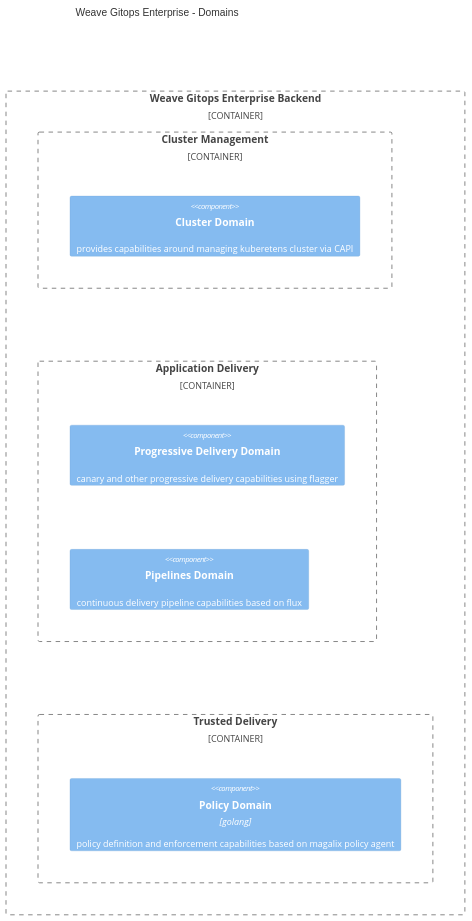
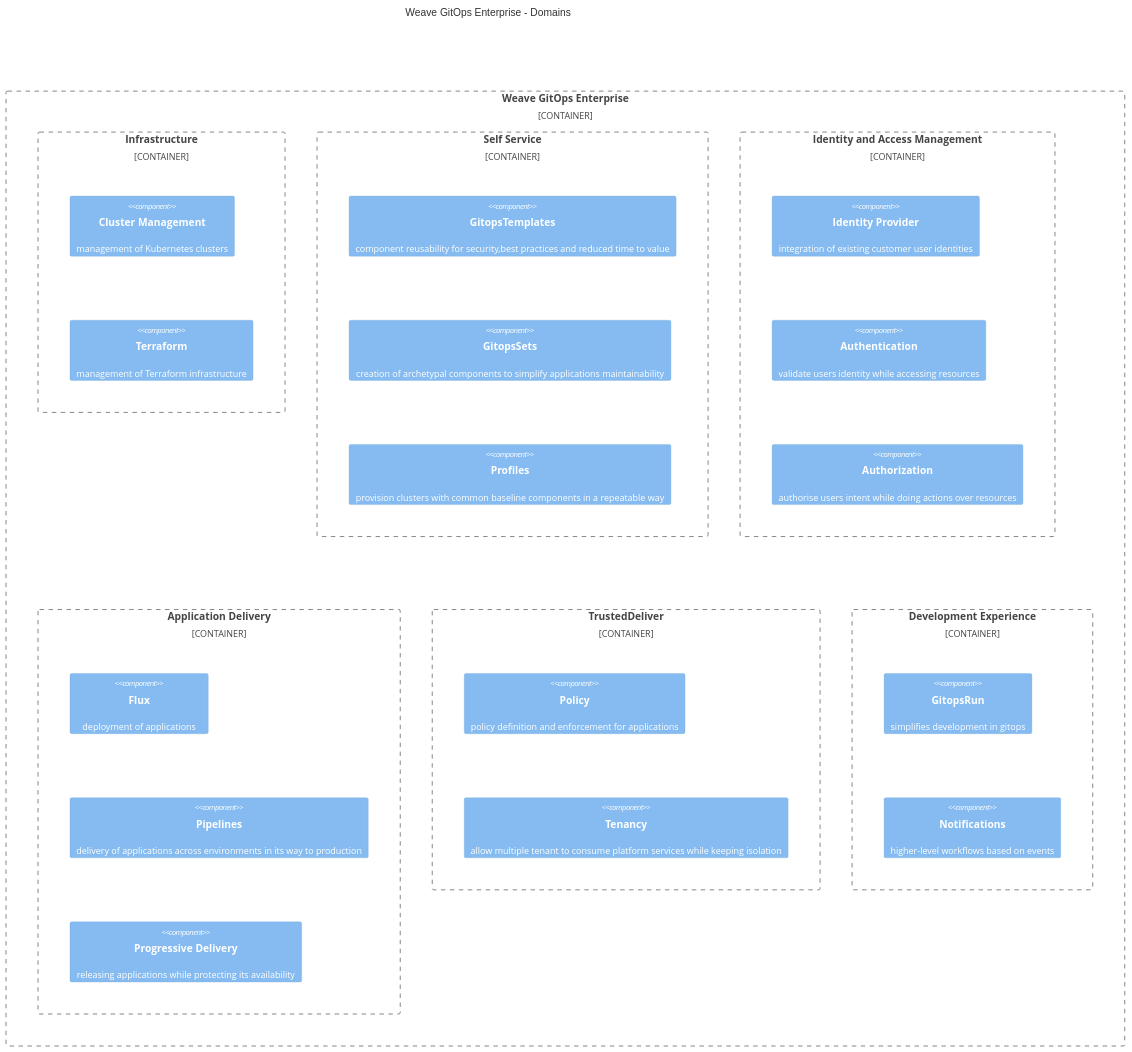
One commit to weaveworks/weave-gitops-enterprise changed the third of 3 diagrams in docs/architecture/README.md. Above: the diagram before and after it, drawn with Mermaid. The commit also changed other lines of this file and 64 other files, not shown here.

Commit message:
architecture documentation second iteration - completing the full picture

````diff
--- a/docs/architecture/README.md
+++ b/docs/architecture/README.md
@@ -172,17 +341,35 @@
 ```mermaid
 C4Container
-    title Weave Gitops Enterprise - Domains
-    Container_Boundary(weaveGitopsEnterpriseBackend, "Weave Gitops Enterprise Backend") {
-          Container_Boundary(clusterManagement, "Cluster Management") {
-            Component(ClusterDomain, "Cluster Domain",, "provides capabilities around managing kuberetens cluster via CAPI")            
+    title Weave GitOps Enterprise - Domains
+    Container_Boundary(WeaveGitopsEnterprise, "Weave GitOps Enterprise") {
+          Container_Boundary(Infrastructure, "Infrastructure") {
+            Component(ClusterManagement, "Cluster Management",, "management of Kubernetes clusters")
+            Component(Terraform, "Terraform",, "management of Terraform infrastructure")
           }
-          Container_Boundary(applicationDelivery, "Application Delivery") {
-            Component(ProgressiveDelivery, "Progressive Delivery Domain",, "canary and other progressive delivery capabilities using flagger")
-            Component(Pipelines, "Pipelines Domain",, "continuous delivery pipeline capabilities based on flux")
+          Container_Boundary(SelfService, "Self Service") {
+             Component(Templates, "GitopsTemplates",, "component reusability for security,best practices and reduced time to value")
+             Component(GitopSets, "GitopsSets",, "creation of archetypal components to simplify applications maintainability")
+             Component(Profiles, "Profiles",, "provision clusters with common baseline components in a repeatable way")
           }
-          Container_Boundary(trustedDelivery, "Trusted Delivery") {
-            Component(Policy, "Policy Domain", "golang", "policy definition and enforcement capabilities based on magalix policy agent")
+          Container_Boundary(IAM, "Identity and Access Management") {
+             Component(Idp, "Identity Provider",, "integration of existing customer user identities")
+             Component(Authentication, "Authentication",, "validate users identity while accessing resources")
+             Component(Authorization, "Authorization",, "authorise users intent while doing actions over resources")
           }
+          Container_Boundary(ApplicationDelivery, "Application Delivery") {
+             Component(Flux, "Flux",, "deployment of applications")
+             Component(Pipelines, "Pipelines",, "delivery of applications across environments in its way to production")
+             Component(ProgressiveDelivery, "Progressive Delivery",, "releasing applications while protecting its availability")
+          }
+          Container_Boundary(TrustedDelivery, "TrustedDeliver") {
+            Component(Policy, "Policy",, "policy definition and enforcement for applications")
+            Component(Tenancy, "Tenancy",, "allow multiple tenant to consume platform services while keeping isolation")
+          }
+          Container_Boundary(DevEx, "Development Experience") {
+             Component(GitopsRun, "GitopsRun",, "simplifies development in gitops")
+             Component(Notifications, "Notifications",, "higher-level workflows based on events")
+          }
+
     }
-    UpdateLayoutConfig($c4ShapeInRow="2", $c4BoundaryInRow="1")               
+    UpdateLayoutConfig($c4ShapeInRow="1", $c4BoundaryInRow="3")               
 ```
````
